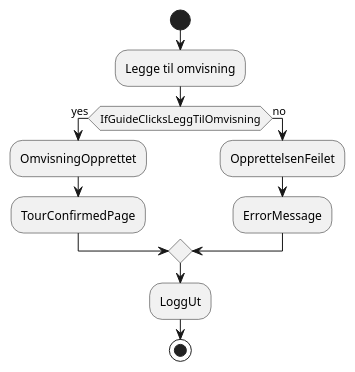
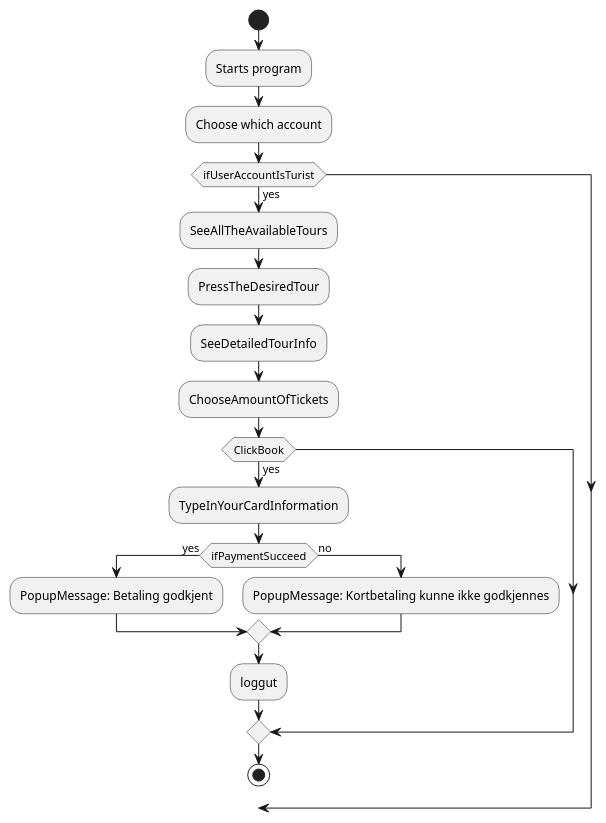
One commit to WaalerThomas/ITF20319_Gruppe13 changed the diagram in src/main/ActivityDiagram.puml. Above: the diagram before and after it, drawn with PlantUML.

Commit message:
made a new diagram (upgraded)

```diff
--- a/src/main/ActivityDiagram.puml
+++ b/src/main/ActivityDiagram.puml
@@ -1,14 +1,21 @@
 @startuml
 'https://plantuml.com/activity-diagram-beta
 start
-:Legge til omvisning;
-if (IfGuideClicksLeggTilOmvisning) is (yes) then
-  :OmvisningOpprettet;
-  :TourConfirmedPage;
-else (no)
-  :OpprettelsenFeilet;
-  :ErrorMessage;
+:Starts program;
+:Choose which account;
+if (ifUserAccountIsTurist) is (yes) then
+  :SeeAllTheAvailableTours;
+  :PressTheDesiredTour;
+  :SeeDetailedTourInfo;
+  :ChooseAmountOfTickets;
+  if (ClickBook) is (yes) then
+    :TypeInYourCardInformation;
+    if(ifPaymentSucceed) is (yes) then
+    :PopupMessage: Betaling godkjent;
+  else  (no)
+    :PopupMessage: Kortbetaling kunne ikke godkjennes;
+  endif
+:loggut;
 endif
-:LoggUt;
 stop
 @enduml
```
